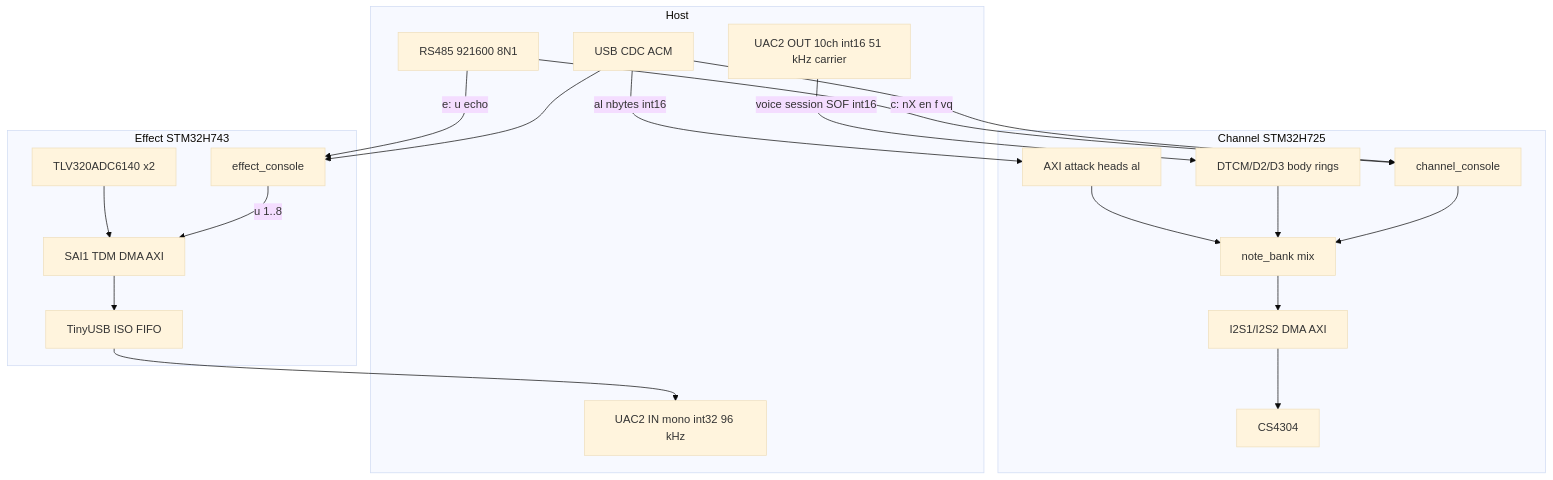
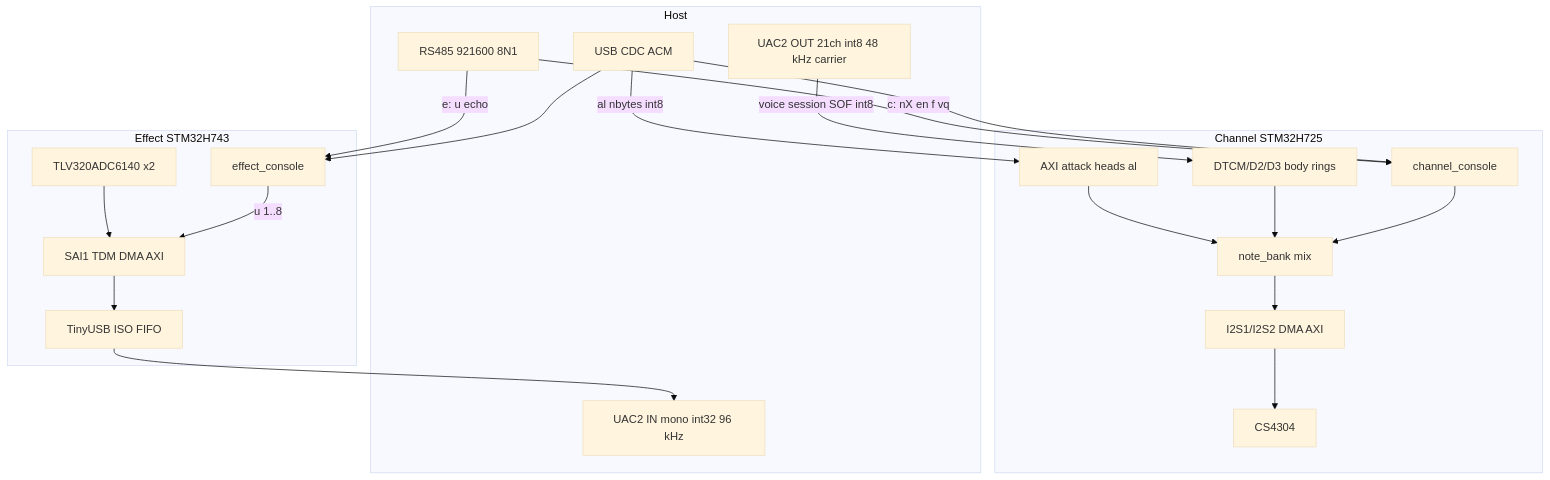
Before and after one commit to narendrabhatt-freshwater/firmware: the first of 5 diagrams in docs/diagrams/card_data_flow.md, drawn with Mermaid (base theme). The commit also changed other lines of this file and 44 other files, not shown here.

````diff
--- a/docs/diagrams/card_data_flow.md
+++ b/docs/diagrams/card_data_flow.md
@@ -19,38 +19,38 @@
 ```mermaid
 flowchart TB
   subgraph host [Host]
     RS485[RS485 921600 8N1]
     CDC[USB CDC ACM]
-    BodyOut[UAC2 OUT 10ch int16 51 kHz carrier]
+    BodyOut[UAC2 OUT 21ch int8 48 kHz carrier]
     UacIn[UAC2 IN mono int32 96 kHz]
   end
 
   subgraph ch [Channel STM32H725]
     ChCon[channel_console]
     ChAtk[AXI attack heads al]
     ChRing[DTCM/D2/D3 body rings]
     ChMix[note_bank mix]
     ChI2S[I2S1/I2S2 DMA AXI]
     ChDac[CS4304]
   end
 
   subgraph fx [Effect STM32H743]
     FxCon[effect_console]
     FxSai[SAI1 TDM DMA AXI]
     FxAdc[TLV320ADC6140 x2]
     FxFifo[TinyUSB ISO FIFO]
   end
 
   RS485 -->|"c: nX en f vq"| ChCon
   RS485 -->|"e: u echo"| FxCon
-  CDC -->|"al nbytes int16"| ChAtk
+  CDC -->|"al nbytes int8"| ChAtk
   CDC --> ChCon
   CDC --> FxCon
-  BodyOut -->|"voice session SOF int16"| ChRing
+  BodyOut -->|"voice session SOF int8"| ChRing
   ChAtk --> ChMix
   ChRing --> ChMix
   ChCon --> ChMix
   ChMix --> ChI2S --> ChDac
   FxAdc --> FxSai --> FxFifo --> UacIn
   FxCon -->|"u 1..8"| FxSai
 ```
````
